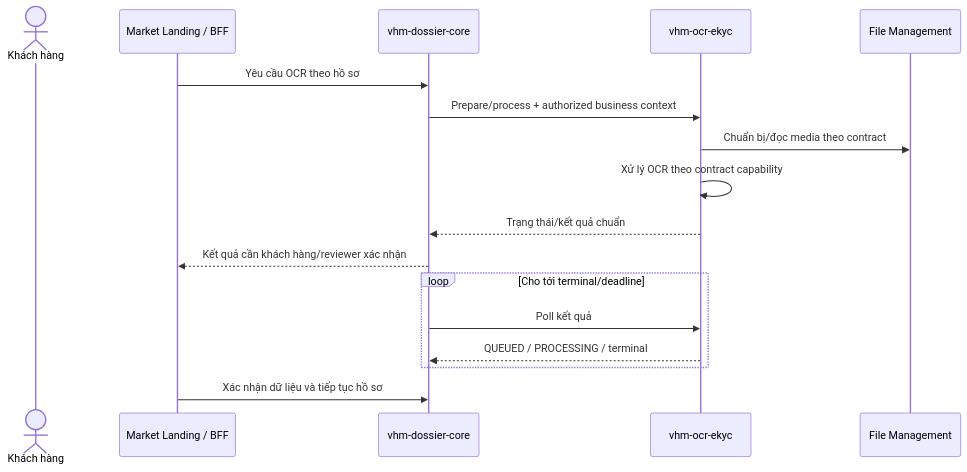
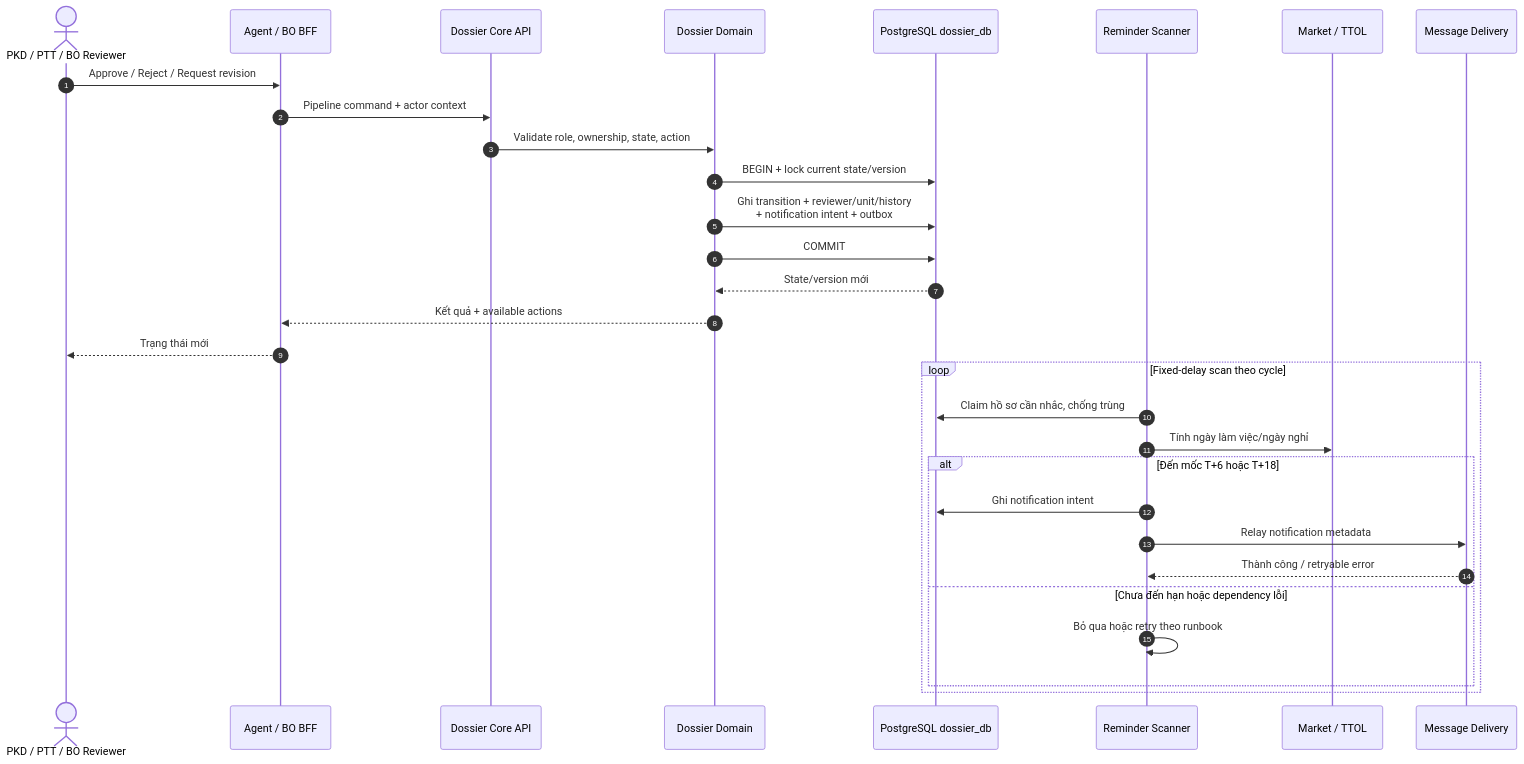
Before and after one commit to huynv-xyz/vhm: diagram 13 of 15 in tdd-dossier.md, drawn with Mermaid. The commit also changed other lines of this file, not shown here.

````diff
--- a/tdd-dossier.md
+++ b/tdd-dossier.md
@@ -634,19 +1001,34 @@
 ```mermaid
 sequenceDiagram
-    actor U as Khách hàng
-    participant B as Market Landing / BFF
-    participant C as vhm-dossier-core
-    participant O as vhm-ocr-ekyc
-    participant F as File Management
-    B->>C: Yêu cầu OCR theo hồ sơ
-    C->>O: Prepare/process + authorized business context
-    O->>F: Chuẩn bị/đọc media theo contract
-    O->>O: Xử lý OCR theo contract capability
-    O-->>C: Trạng thái/kết quả chuẩn
-    C-->>B: Kết quả cần khách hàng/reviewer xác nhận
-    loop Cho tới terminal/deadline
-        C->>O: Poll kết quả
-        O-->>C: QUEUED / PROCESSING / terminal
+    autonumber
+    actor Reviewer as PKD / PTT / BO Reviewer
+    participant BFF as Agent / BO BFF
+    participant API as Dossier Core API
+    participant Domain as Dossier Domain
+    participant DB as PostgreSQL dossier_db
+    participant Scheduler as Reminder Scanner
+    participant Calendar as Market / TTOL
+    participant Message as Message Delivery
+
+    Reviewer->>BFF: Approve / Reject / Request revision
+    BFF->>API: Pipeline command + actor context
+    API->>Domain: Validate role, ownership, state, action
+    Domain->>DB: BEGIN + lock current state/version
+    Domain->>DB: Ghi transition + reviewer/unit/history<br/>+ notification intent + outbox
+    Domain->>DB: COMMIT
+    DB-->>Domain: State/version mới
+    Domain-->>BFF: Kết quả + available actions
+    BFF-->>Reviewer: Trạng thái mới
+
+    loop Fixed-delay scan theo cycle
+        Scheduler->>DB: Claim hồ sơ cần nhắc, chống trùng
+        Scheduler->>Calendar: Tính ngày làm việc/ngày nghỉ
+        alt Đến mốc T+6 hoặc T+18
+            Scheduler->>DB: Ghi notification intent
+            Scheduler->>Message: Relay notification metadata
+            Message-->>Scheduler: Thành công / retryable error
+        else Chưa đến hạn hoặc dependency lỗi
+            Scheduler->>Scheduler: Bỏ qua hoặc retry theo runbook
+        end
     end
-    B->>C: Xác nhận dữ liệu và tiếp tục hồ sơ
 ```
````
